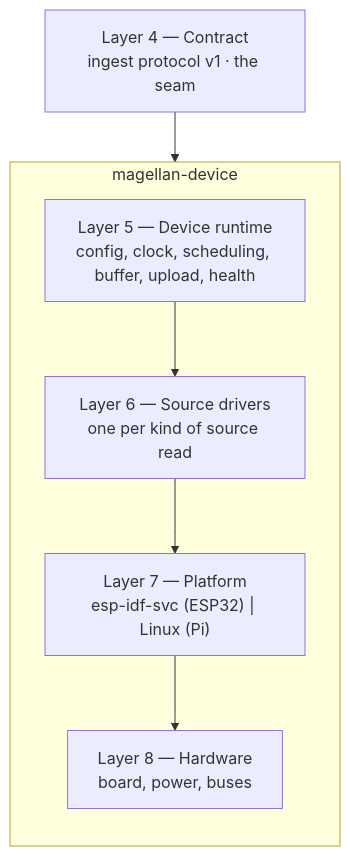
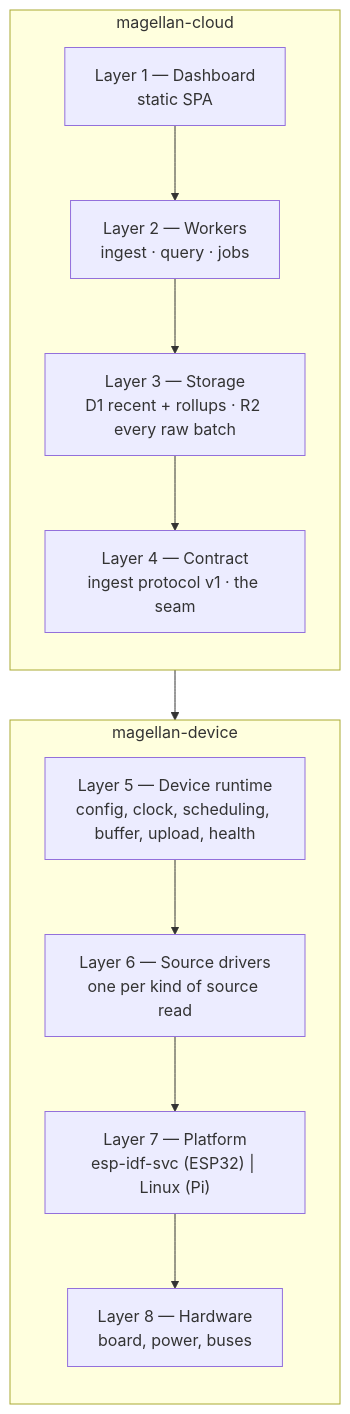
Before and after one commit to fabbrito/magellan-device: the first of 2 diagrams in docs/DESIGN.md, drawn with Mermaid. The commit also changed other lines of this file, not shown here.

Commit message:
docs(docs): the device mirrors the contract's limits
- Invariant 10: a batch that breaks a limit never reaches the buffer
- Native integers reach past what the cloud takes, so the type is not the bound

````diff
--- a/docs/DESIGN.md
+++ b/docs/DESIGN.md
@@ -64,13 +64,22 @@
 ```mermaid
 flowchart TB
+    subgraph cloud["magellan-cloud"]
+        direction TB
+        L1["Layer 1 — Dashboard<br/>static SPA"]
+        L2["Layer 2 — Workers<br/>ingest · query · jobs"]
+        L3["Layer 3 — Storage<br/>D1 recent + rollups · R2 every raw batch"]
+        L4["Layer 4 — Contract<br/>ingest protocol v1 · the seam"]
+        L1 --> L2 --> L3 --> L4
+    end
+
     subgraph device["magellan-device"]
         direction TB
         L5["Layer 5 — Device runtime<br/>config, clock, scheduling, buffer, upload, health"]
         L6["Layer 6 — Source drivers<br/>one per kind of source read"]
         L7["Layer 7 — Platform<br/>esp-idf-svc (ESP32) | Linux (Pi)"]
         L8["Layer 8 — Hardware<br/>board, power, buses"]
         L5 --> L6 --> L7 --> L8
     end
-    L4["Layer 4 — Contract<br/>ingest protocol v1 · the seam"]
+
     L4 --> L5
 ```
````
